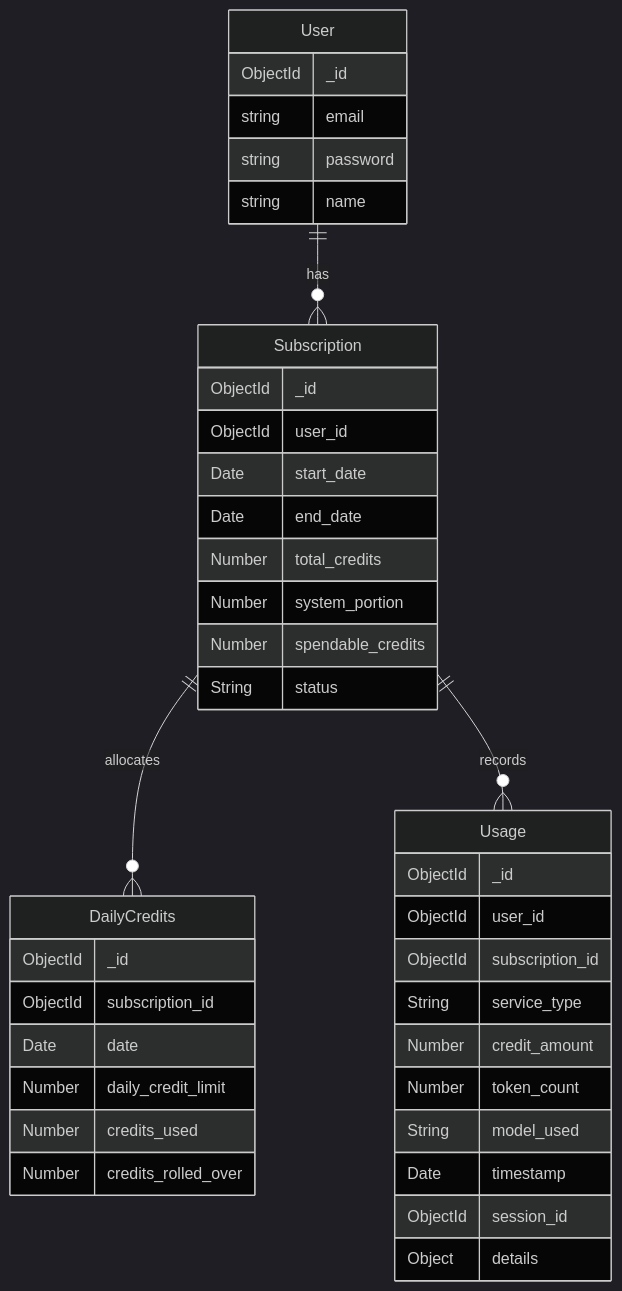
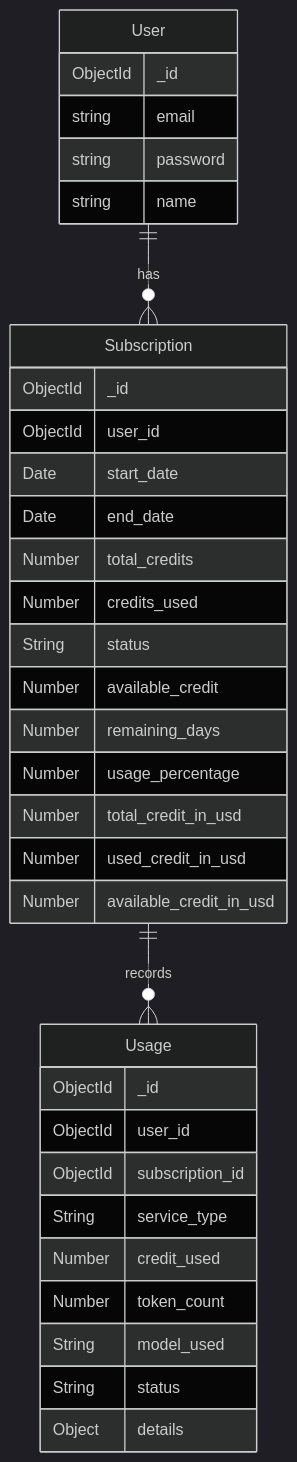
The third of 5 diagrams in server/src/modules/subscription/module_diagram.md (codebridger/subturtle-dashboard-app), drawn with Mermaid (dark theme) before and after one commit. The commit also changed other lines of this file and 1 other file, not shown here.

Commit message:
#86et62yj6 - refactor: update module diagram and readme to reflect changes in subscription service, including renaming methods, restructuring components, and enhancing credit allocation logic

````diff
--- a/server/src/modules/subscription/module_diagram.md
+++ b/server/src/modules/subscription/module_diagram.md
@@ -140,46 +160,40 @@
 ```mermaid
 erDiagram
     User ||--o{ Subscription : has
-    Subscription ||--o{ DailyCredits : allocates
     Subscription ||--o{ Usage : records
     
     User {
         ObjectId _id
         string email
         string password
         string name
     }
     
     Subscription {
         ObjectId _id
         ObjectId user_id
         Date start_date
         Date end_date
         Number total_credits
-        Number system_portion
-        Number spendable_credits
+        Number credits_used
         String status
-    }
-    
-    DailyCredits {
-        ObjectId _id
-        ObjectId subscription_id
-        Date date
-        Number daily_credit_limit
-        Number credits_used
-        Number credits_rolled_over
+        Number available_credit
+        Number remaining_days
+        Number usage_percentage
+        Number total_credit_in_usd
+        Number used_credit_in_usd
+        Number available_credit_in_usd
     }
     
     Usage {
         ObjectId _id
         ObjectId user_id
         ObjectId subscription_id
         String service_type
-        Number credit_amount
+        Number credit_used
         Number token_count
         String model_used
-        Date timestamp
-        ObjectId session_id
+        String status
         Object details
     }
 ```
````
